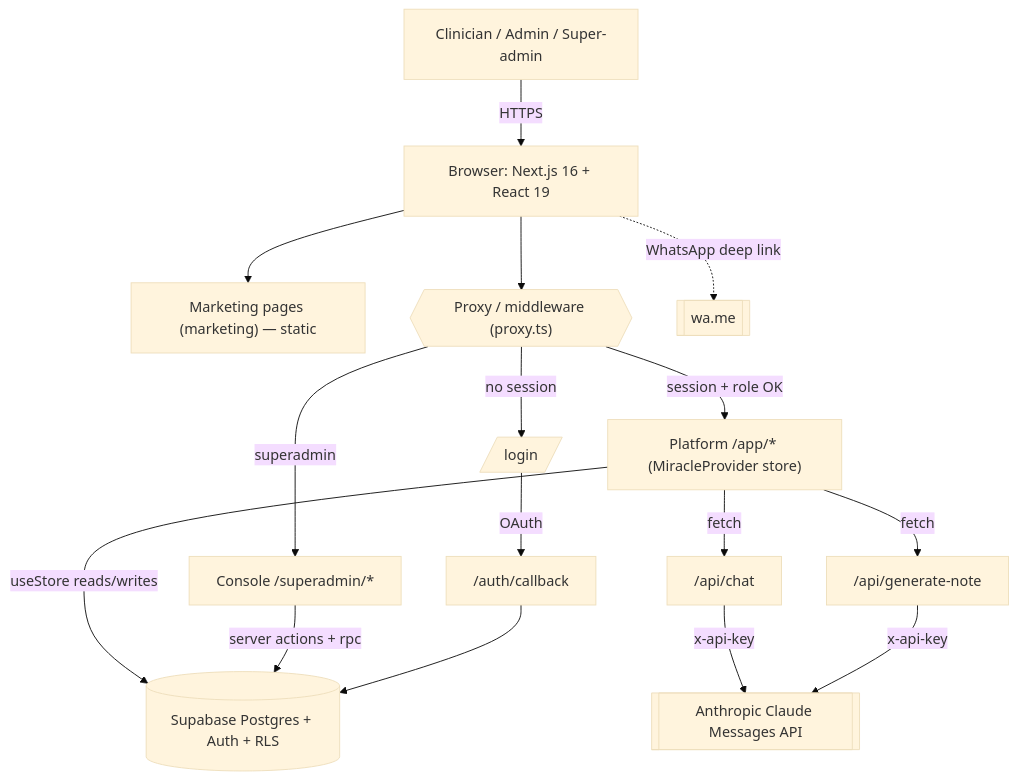
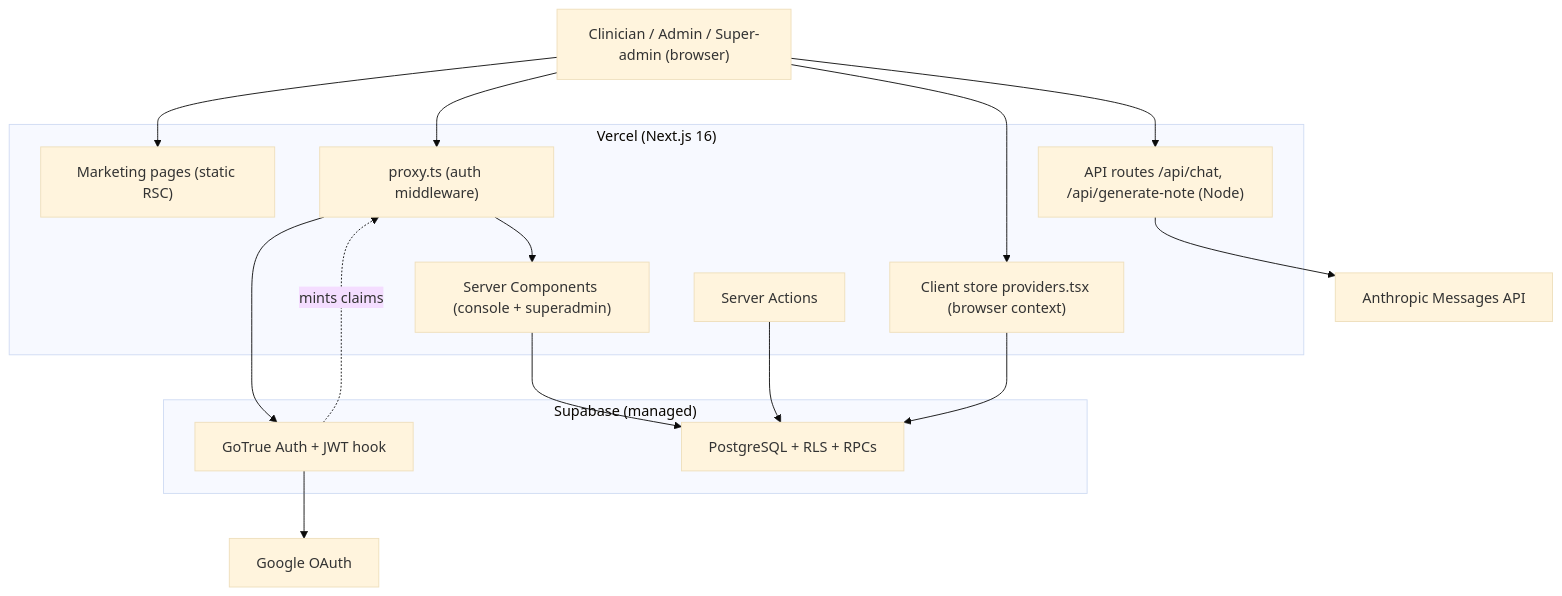
Before and after one commit to joseph1356k/Pagina-web-clientes-final: the first of 6 diagrams in architecture-infrastructure.md, drawn with Mermaid (base theme). The commit also changed other lines of this file and 39 other files, not shown here.

````diff
--- a/architecture-infrastructure.md
+++ b/architecture-infrastructure.md
@@ -280,18 +364,31 @@
 ```mermaid
 flowchart TD
-    U[Clinician / Admin / Super-admin] -->|HTTPS| B[Browser: Next.js 16 + React 19]
-    B --> MKT["Marketing pages (marketing) — static"]
-    B --> PX{{"Proxy / middleware (proxy.ts)"}}
-    PX -->|session + role OK| APP["Platform /app/* (MiracleProvider store)"]
-    PX -->|superadmin| SA["Console /superadmin/*"]
-    PX -->|no session| LOGIN[/login/]
-    APP -->|useStore reads/writes| SB[(Supabase Postgres + Auth + RLS)]
-    SA -->|server actions + rpc| SB
-    APP -->|fetch| AICHAT["/api/chat"]
-    APP -->|fetch| AINOTE["/api/generate-note"]
-    AICHAT -->|x-api-key| ANTH[[Anthropic Claude Messages API]]
-    AINOTE -->|x-api-key| ANTH
-    LOGIN -->|OAuth| CB["/auth/callback"]
-    CB --> SB
-    B -.WhatsApp deep link.-> WA[[wa.me]]
+    U["Clinician / Admin / Super-admin (browser)"]
+    subgraph Vercel["Vercel (Next.js 16)"]
+        MKT["Marketing pages (static RSC)"]
+        PROXY["proxy.ts (auth middleware)"]
+        RSC["Server Components (console + superadmin)"]
+        ACT["Server Actions"]
+        API["API routes /api/chat, /api/generate-note (Node)"]
+        STORE["Client store providers.tsx (browser context)"]
+    end
+    subgraph Supabase["Supabase (managed)"]
+        AUTH["GoTrue Auth + JWT hook"]
+        PG["PostgreSQL + RLS + RPCs"]
+    end
+    ANTH["Anthropic Messages API"]
+    GOO["Google OAuth"]
+
+    U --> MKT
+    U --> PROXY
+    PROXY --> RSC
+    RSC --> PG
+    ACT --> PG
+    U --> STORE
+    STORE --> PG
+    U --> API
+    API --> ANTH
+    PROXY --> AUTH
+    AUTH --> GOO
+    AUTH -. mints claims .-> PROXY
 ```
````
